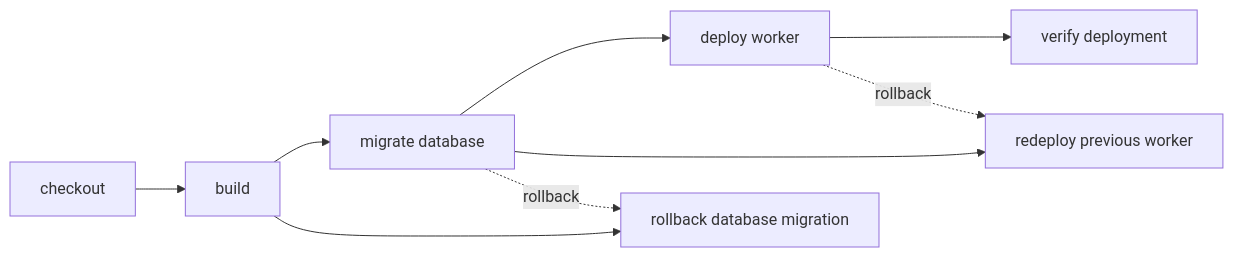
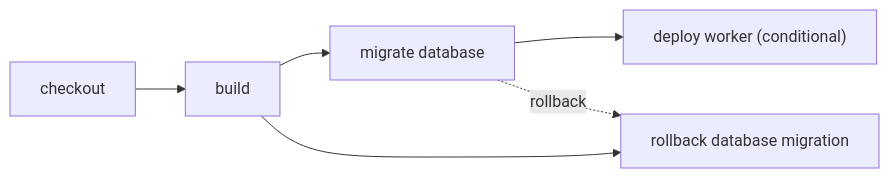
One commit to ericclemmons/effect-ci-testbed changed the diagram in examples/d1-migration/README.md. Above: the diagram before and after it, drawn with Mermaid. The commit also changed other lines of this file and 36 other files, not shown here.

````diff
--- a/examples/d1-migration/README.md
+++ b/examples/d1-migration/README.md
@@ -5,18 +5,13 @@
 ```mermaid
 flowchart LR
   step_checkout["checkout"]
   step_build["build"]
   step_migrate_database["migrate database"]
   step_rollback_database_migration["rollback database migration"]
-  step_deploy_worker["deploy worker"]
-  step_redeploy_previous_worker["redeploy previous worker"]
-  step_verify_deployment["verify deployment"]
+  step_deploy_worker["deploy worker (conditional)"]
   step_checkout --> step_build
   step_build --> step_migrate_database
   step_build --> step_rollback_database_migration
   step_migrate_database --> step_deploy_worker
-  step_migrate_database --> step_redeploy_previous_worker
-  step_deploy_worker --> step_verify_deployment
   step_migrate_database -. rollback .-> step_rollback_database_migration
-  step_deploy_worker -. rollback .-> step_redeploy_previous_worker
 ```
````
